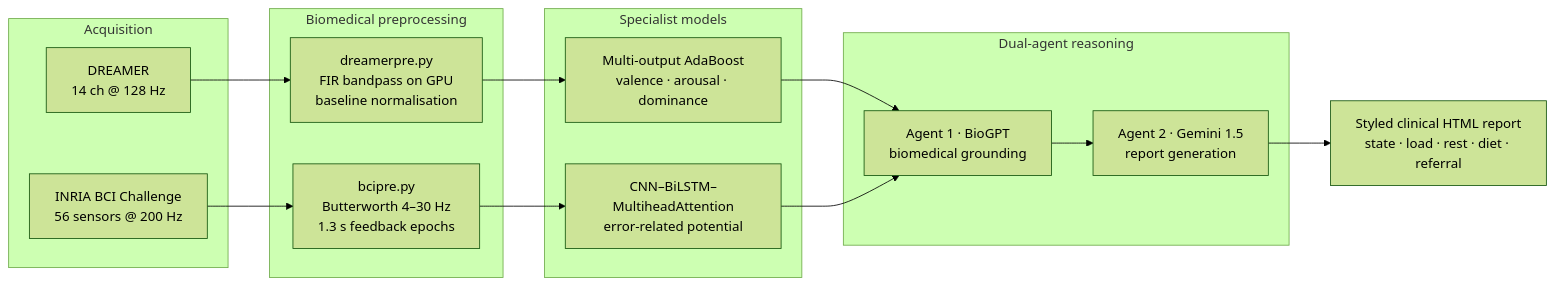
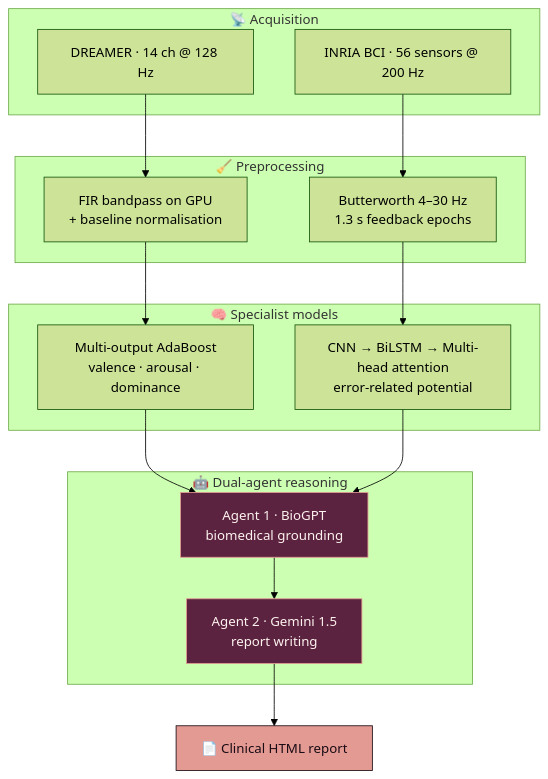
The diagram in gh-readmes/Patient-Mental-Health-Monitoring-Using-EEG/README.md (Vishal-AS-0407/portfolio), drawn with Mermaid (forest theme) before and after one commit. The commit also changed other lines of this file and 62 other files, not shown here.

````diff
--- a/gh-readmes/Patient-Mental-Health-Monitoring-Using-EEG/README.md
+++ b/gh-readmes/Patient-Mental-Health-Monitoring-Using-EEG/README.md
@@ -40,24 +88,26 @@
 ```mermaid
-flowchart LR
-    subgraph ACQ["Acquisition"]
-        A1["DREAMER<br/>14 ch @ 128 Hz"]
-        A2["INRIA BCI Challenge<br/>56 sensors @ 200 Hz"]
+flowchart TD
+    subgraph ACQ["📡 Acquisition"]
+        A1["DREAMER · 14 ch @ 128 Hz"]
+        A2["INRIA BCI · 56 sensors @ 200 Hz"]
     end
-    subgraph PRE["Biomedical preprocessing"]
-        P1["dreamerpre.py<br/>FIR bandpass on GPU<br/>baseline normalisation"]
-        P2["bcipre.py<br/>Butterworth 4–30 Hz<br/>1.3 s feedback epochs"]
+    subgraph PRE["🧹 Preprocessing"]
+        P1["FIR bandpass on GPU<br/>+ baseline normalisation"]
+        P2["Butterworth 4–30 Hz<br/>1.3 s feedback epochs"]
     end
-    subgraph MOD["Specialist models"]
+    subgraph MOD["🧠 Specialist models"]
         M1["Multi-output AdaBoost<br/>valence · arousal · dominance"]
-        M2["CNN–BiLSTM–MultiheadAttention<br/>error-related potential"]
+        M2["CNN → BiLSTM → Multi-head attention<br/>error-related potential"]
     end
-    subgraph LLM["Dual-agent reasoning"]
+    subgraph LLM["🤖 Dual-agent reasoning"]
         L1["Agent 1 · BioGPT<br/>biomedical grounding"]
-        L2["Agent 2 · Gemini 1.5<br/>report generation"]
+        L2["Agent 2 · Gemini 1.5<br/>report writing"]
     end
-    R["Styled clinical HTML report<br/>state · load · rest · diet · referral"]
-
+    R["📄 Clinical HTML report"]
     A1 --> P1 --> M1 --> L1
     A2 --> P2 --> M2 --> L1
     L1 --> L2 --> R
+    style R fill:#E39A93,stroke:#1A0B14,color:#1A0B14
+    style L1 fill:#5C2340,stroke:#E39A93,color:#FDF2EE
+    style L2 fill:#5C2340,stroke:#E39A93,color:#FDF2EE
 ```
````
